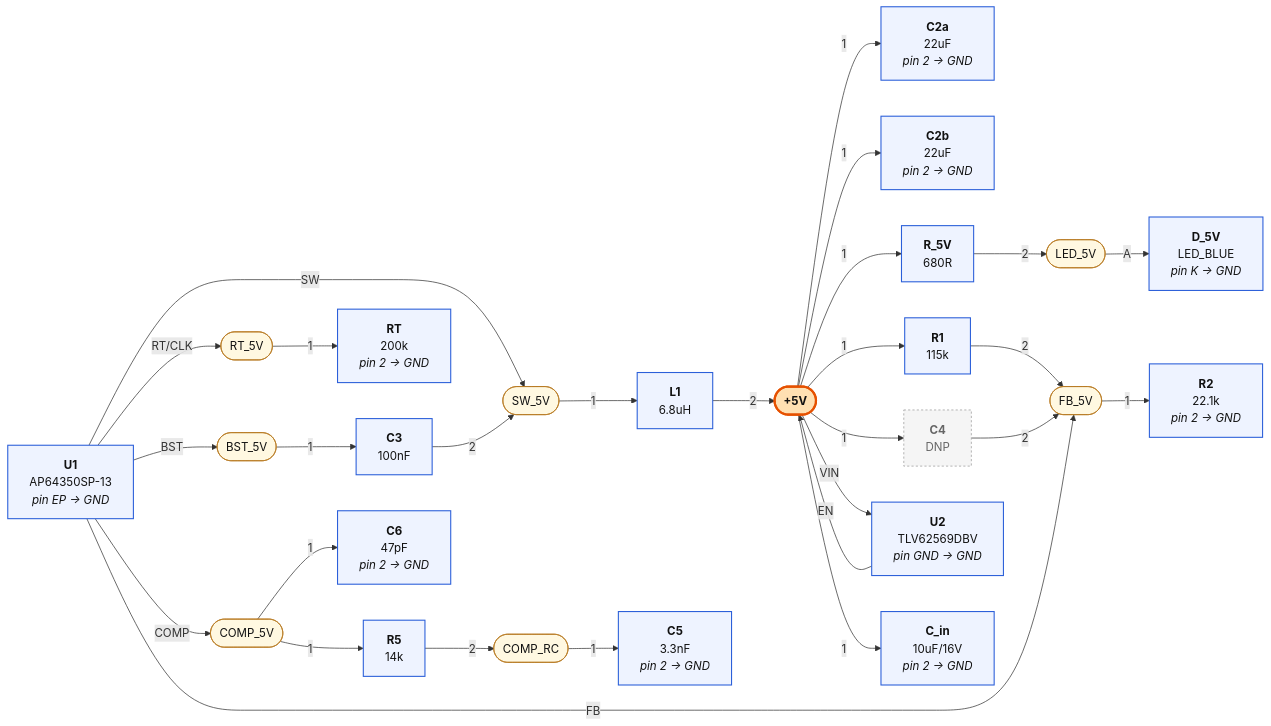
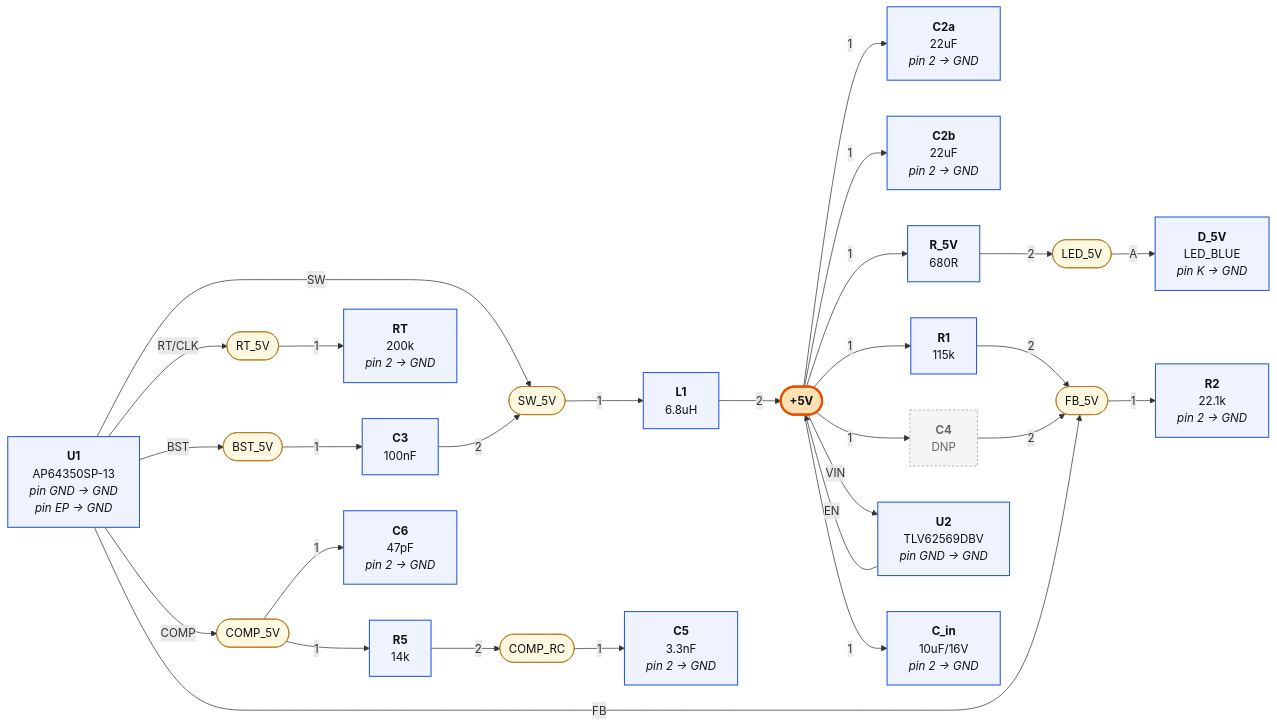
One commit to mrwillson2u/propmesh changed the second of 3 diagrams in hardware/pro/sheets/01-power.diagram.md. Above: the diagram before and after it, drawn with Mermaid. The commit also changed other lines of this file and 27 other files, not shown here.

````diff
--- a/hardware/pro/sheets/01-power.diagram.md
+++ b/hardware/pro/sheets/01-power.diagram.md
@@ -58,61 +58,61 @@
 ```mermaid
 graph LR
   classDef part fill:#eef3ff,stroke:#2b5fd9,stroke-width:1.5px,color:#111
   classDef net fill:#fff8e1,stroke:#b7791f,color:#111
   classDef rail fill:#ffe0b2,stroke:#e65100,stroke-width:3px,color:#111,font-weight:bold
   classDef badnet fill:#ffe0e0,stroke:#c00,stroke-width:3px,color:#111,font-weight:bold
   classDef absent fill:#fff,stroke:#c00,stroke-width:2px,stroke-dasharray:6 4,color:#c00
   classDef extra fill:#ffecec,stroke:#c00,stroke-width:2px,color:#111
   classDef dnp fill:#f5f5f5,stroke:#999,stroke-dasharray:3 3,color:#666
   N_BST_5V(["BST_5V"]):::net
-  P_U1["<b>U1</b><br/>AP64350SP-13<br/><i>pin EP → GND</i>"]:::part
+  P_U1["<b>U1</b><br/>AP64350SP-13<br/><i>pin GND → GND</i><br/><i>pin EP → GND</i>"]:::part
   P_U1 --"BST"--> N_BST_5V
   P_C3["<b>C3</b><br/>100nF"]:::part
   N_BST_5V --"1"--> P_C3
   N_SW_5V(["SW_5V"]):::net
   P_U1 --"SW"--> N_SW_5V
   P_C3 --"2"--> N_SW_5V
   P_L1["<b>L1</b><br/>6.8uH"]:::part
   N_SW_5V --"1"--> P_L1
   N__5V(["+5V"]):::rail
   P_L1 --"2"--> N__5V
   P_C2a["<b>C2a</b><br/>22uF<br/><i>pin 2 → GND</i>"]:::part
   N__5V --"1"--> P_C2a
   P_C2b["<b>C2b</b><br/>22uF<br/><i>pin 2 → GND</i>"]:::part
   N__5V --"1"--> P_C2b
   P_R1["<b>R1</b><br/>115k"]:::part
   N__5V --"1"--> P_R1
   P_C4["<b>C4</b><br/>DNP"]:::dnp
   N__5V --"1"--> P_C4
   P_R_5V["<b>R_5V</b><br/>680R"]:::part
   N__5V --"1"--> P_R_5V
   P_U2["<b>U2</b><br/>TLV62569DBV<br/><i>pin GND → GND</i>"]:::part
   N__5V --"VIN"--> P_U2
   P_U2 --"EN"--> N__5V
   P_C_in["<b>C_in</b><br/>10uF/16V<br/><i>pin 2 → GND</i>"]:::part
   N__5V --"1"--> P_C_in
   N_FB_5V(["FB_5V"]):::net
   P_R1 --"2"--> N_FB_5V
   P_R2["<b>R2</b><br/>22.1k<br/><i>pin 2 → GND</i>"]:::part
   N_FB_5V --"1"--> P_R2
   P_C4 --"2"--> N_FB_5V
   P_U1 --"FB"--> N_FB_5V
   N_RT_5V(["RT_5V"]):::net
   P_U1 --"RT/CLK"--> N_RT_5V
   P_RT["<b>RT</b><br/>200k<br/><i>pin 2 → GND</i>"]:::part
   N_RT_5V --"1"--> P_RT
   N_COMP_5V(["COMP_5V"]):::net
   P_U1 --"COMP"--> N_COMP_5V
   P_R5["<b>R5</b><br/>14k"]:::part
   N_COMP_5V --"1"--> P_R5
   P_C6["<b>C6</b><br/>47pF<br/><i>pin 2 → GND</i>"]:::part
   N_COMP_5V --"1"--> P_C6
   N_COMP_RC(["COMP_RC"]):::net
   P_R5 --"2"--> N_COMP_RC
   P_C5["<b>C5</b><br/>3.3nF<br/><i>pin 2 → GND</i>"]:::part
   N_COMP_RC --"1"--> P_C5
   N_LED_5V(["LED_5V"]):::net
   P_R_5V --"2"--> N_LED_5V
   P_D_5V["<b>D_5V</b><br/>LED_BLUE<br/><i>pin K → GND</i>"]:::part
   N_LED_5V --"A"--> P_D_5V
 ```
````
